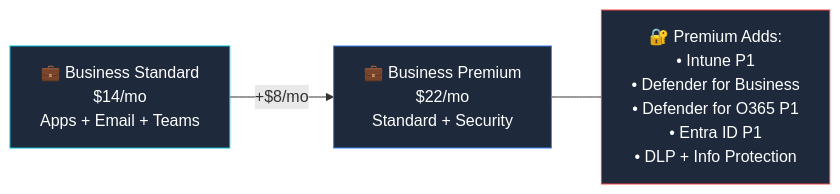
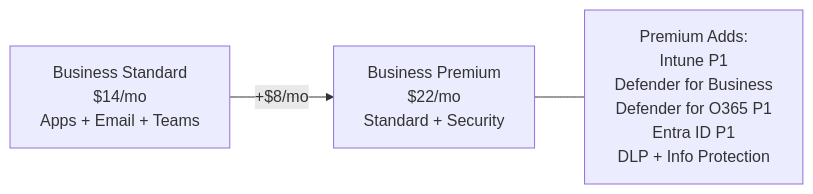
Before and after one commit to susanthgit/aguidetocloud-revamp: the first of 2 diagrams in content/licensing/microsoft-365-business-premium.md, drawn with Mermaid. The commit also changed other lines of this file and 553 other files, not shown here.

First line of the commit message:
🌸 Z17: Zen Mermaid diagrams — Stripe Docs style

````diff
--- a/content/licensing/microsoft-365-business-premium.md
+++ b/content/licensing/microsoft-365-business-premium.md
@@ -53,11 +53,8 @@
 ```mermaid
 flowchart LR
-    STD["💼 Business Standard\n$14/mo\nApps + Email + Teams"]
-    PRE["💼 Business Premium\n$22/mo\nStandard + Security"]
-    SEC["🔐 Premium Adds:\n• Intune P1\n• Defender for Business\n• Defender for O365 P1\n• Entra ID P1\n• DLP + Info Protection"]
+    STD["Business Standard<br/>$14/mo<br/>Apps + Email + Teams"]
+    PRE["Business Premium<br/>$22/mo<br/>Standard + Security"]
+    SEC["Premium Adds:<br/>Intune P1<br/>Defender for Business<br/>Defender for O365 P1<br/>Entra ID P1<br/>DLP + Info Protection"]
     STD -->|"+$8/mo"| PRE
     PRE --- SEC
-    style STD fill:#1e293b,stroke:#06b6d4,color:#ffffff
-    style PRE fill:#1e293b,stroke:#3b82f6,color:#ffffff
-    style SEC fill:#1e293b,stroke:#ef4444,color:#ffffff
 ```
````
